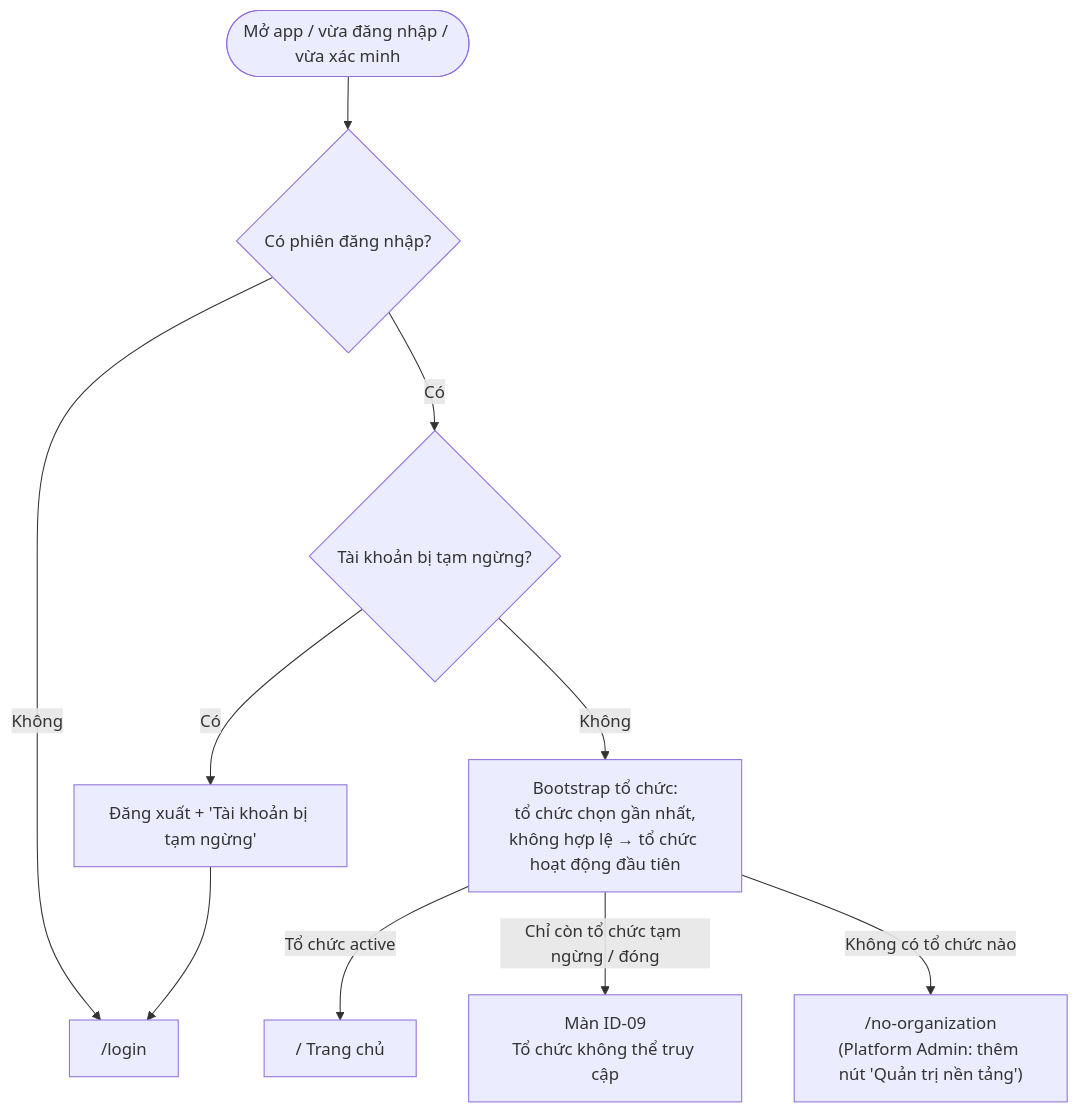
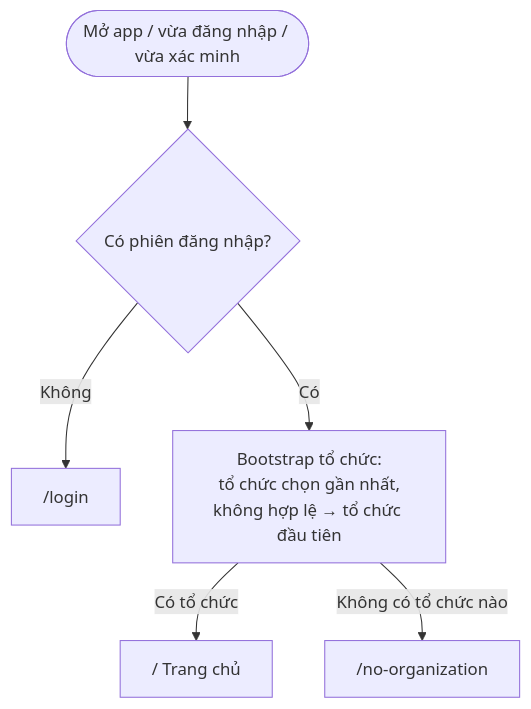
The second of 4 diagrams in docs/02-yeu-cau/LUONG-UNG-DUNG.md (DsChien102/erp-sales-inventory), drawn with Mermaid before and after one commit. The commit also changed other lines of this file and 148 other files, not shown here.

Commit message:
refactor(iam): remove platform admin role and tenant/account blocked states (3-E)

````diff
--- a/docs/02-yeu-cau/LUONG-UNG-DUNG.md
+++ b/docs/02-yeu-cau/LUONG-UNG-DUNG.md
@@ -60,11 +52,8 @@
 ```mermaid
 flowchart TD
   START(["Mở app / vừa đăng nhập / vừa xác minh"]) --> AUTH{"Có phiên đăng nhập?"}
   AUTH -->|"Không"| LOGIN["/login"]
-  AUTH -->|"Có"| SUSP{"Tài khoản bị tạm ngừng?"}
-  SUSP -->|"Có"| OUT["Đăng xuất + 'Tài khoản bị tạm ngừng'"] --> LOGIN
-  SUSP -->|"Không"| BOOT["Bootstrap tổ chức:<br/>tổ chức chọn gần nhất,<br/>không hợp lệ → tổ chức hoạt động đầu tiên"]
-  BOOT -->|"Tổ chức active"| HOME["/ Trang chủ"]
-  BOOT -->|"Chỉ còn tổ chức tạm ngừng / đóng"| BLOCK["Màn ID-09<br/>Tổ chức không thể truy cập"]
-  BOOT -->|"Không có tổ chức nào"| NOORG["/no-organization<br/>(Platform Admin: thêm nút 'Quản trị nền tảng')"]
+  AUTH -->|"Có"| BOOT["Bootstrap tổ chức:<br/>tổ chức chọn gần nhất,<br/>không hợp lệ → tổ chức đầu tiên"]
+  BOOT -->|"Có tổ chức"| HOME["/ Trang chủ"]
+  BOOT -->|"Không có tổ chức nào"| NOORG["/no-organization"]
 ```
````
